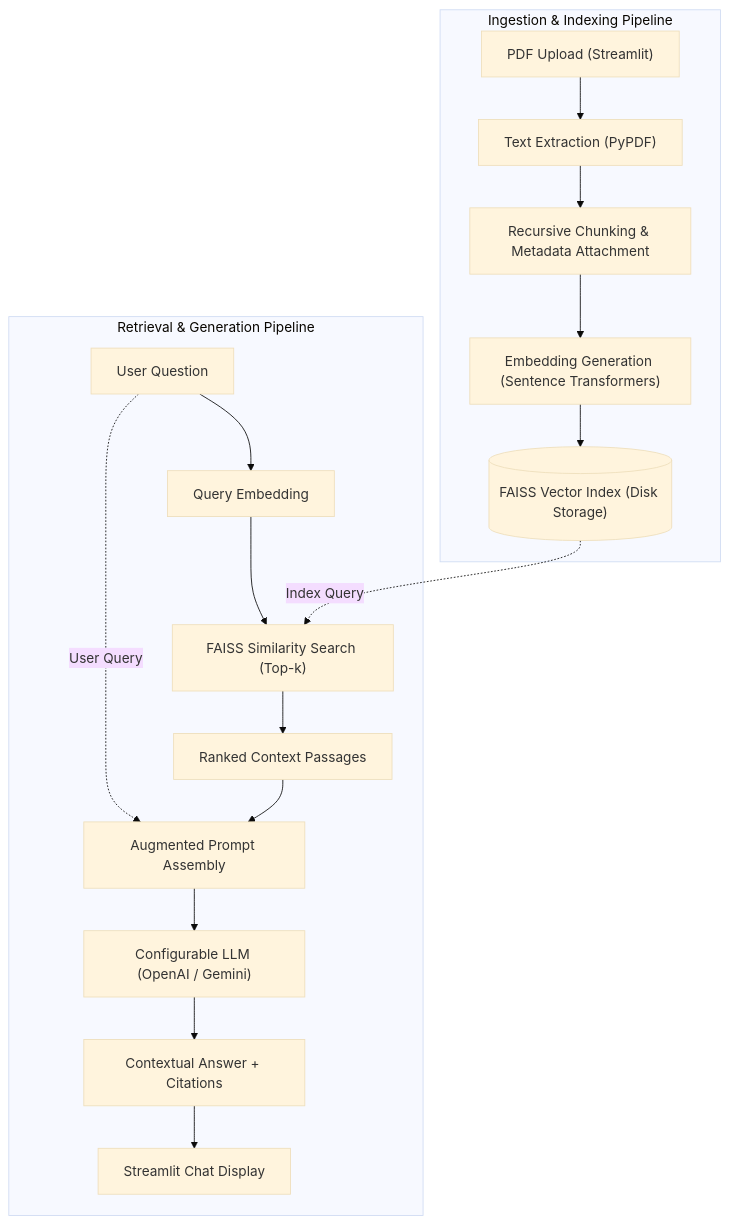
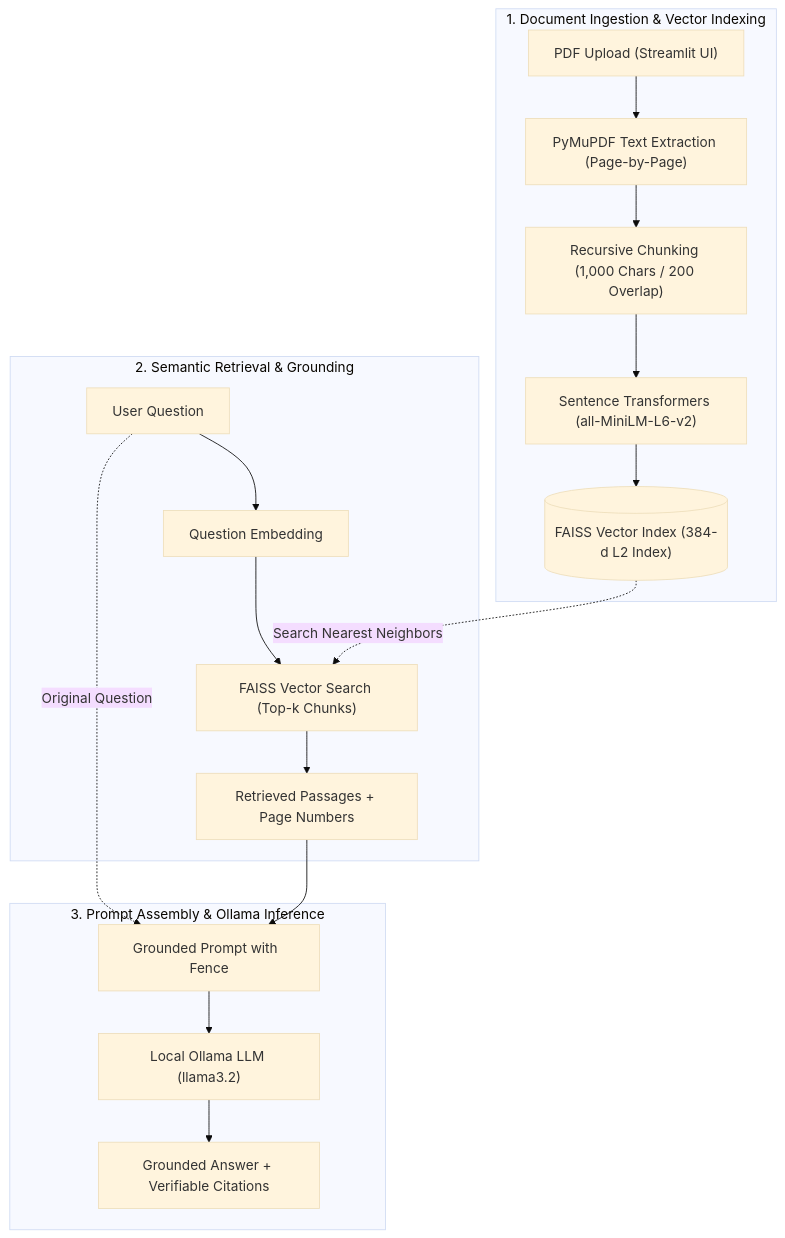
Before and after one commit to gaganhg08/SmartDocs: the diagram in README.md, drawn with Mermaid (base theme). The commit also changed other lines of this file and 21 other files, not shown here.

````diff
--- a/README.md
+++ b/README.md
@@ -70,21 +135,23 @@
 ```mermaid
 flowchart TD
-    subgraph Ingestion["Ingestion & Indexing Pipeline"]
-        A["PDF Upload (Streamlit)"] --> B["Text Extraction (PyPDF)"]
-        B --> C["Recursive Chunking & Metadata Attachment"]
-        C --> D["Embedding Generation (Sentence Transformers)"]
-        D --> E[("FAISS Vector Index (Disk Storage)")]
+    subgraph Ingestion["1. Document Ingestion & Vector Indexing"]
+        A["PDF Upload (Streamlit UI)"] --> B["PyMuPDF Text Extraction (Page-by-Page)"]
+        B --> C["Recursive Chunking (1,000 Chars / 200 Overlap)"]
+        C --> D["Sentence Transformers (all-MiniLM-L6-v2)"]
+        D --> E[("FAISS Vector Index (384-d L2 Index)")]
     end
 
-    subgraph Retrieval["Retrieval & Generation Pipeline"]
-        F["User Question"] --> G["Query Embedding"]
-        G --> H["FAISS Similarity Search (Top-k)"]
-        E -.->|Index Query| H
-        H --> I["Ranked Context Passages"]
-        I --> J["Augmented Prompt Assembly"]
-        F -.->|User Query| J
-        J --> K["Configurable LLM (OpenAI / Gemini)"]
-        K --> L["Contextual Answer + Citations"]
-        L --> M["Streamlit Chat Display"]
+    subgraph Retrieval["2. Semantic Retrieval & Grounding"]
+        F["User Question"] --> G["Question Embedding"]
+        G --> H["FAISS Vector Search (Top-k Chunks)"]
+        E -.->|Search Nearest Neighbors| H
+        H --> I["Retrieved Passages + Page Numbers"]
+    end
+
+    subgraph Generation["3. Prompt Assembly & Ollama Inference"]
+        I --> J["Grounded Prompt with <DOCUMENT_CONTEXT> Fence"]
+        F -.->|Original Question| J
+        J --> K["Local Ollama LLM (llama3.2)"]
+        K --> L["Grounded Answer + Verifiable Citations"]
     end
 ```
````
